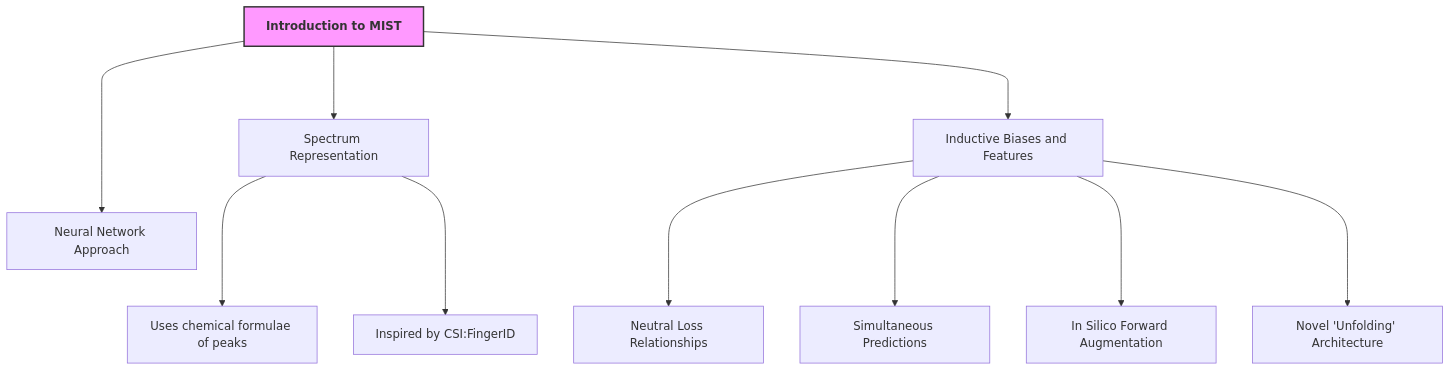
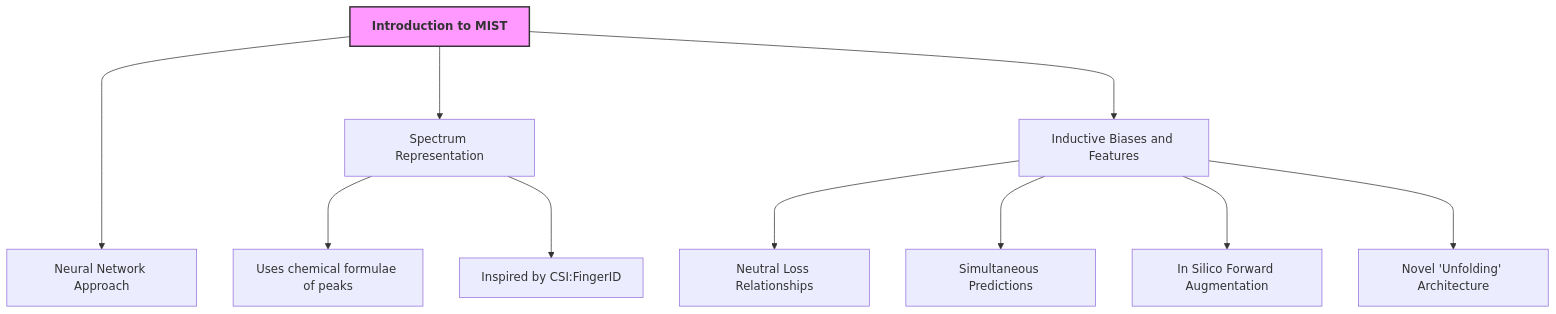
Before and after one commit to lamalab-org/toolminutes: the diagram in papers/Metabolite_MS_Transformer/annotating-metabolite-mass-spectra-with-domain-inspired-chemical-formula-transformers.md, drawn with Mermaid.

Commit message:
flowchart

````diff
--- a/papers/Metabolite_MS_Transformer/annotating-metabolite-mass-spectra-with-domain-inspired-chemical-formula-transformers.md
+++ b/papers/Metabolite_MS_Transformer/annotating-metabolite-mass-spectra-with-domain-inspired-chemical-formula-transformers.md
@@ -6,17 +6,17 @@
 ```mermaid
 graph TD;
     
     
     style Introduction_MIST fill:#f9f,stroke:#333,stroke-width:2px;
   
-  Introduction_MIST["<strong>Introduction to MIST</strong>"] ----> Neural_Network_Approach["Neural Network Approach"];
+  Introduction_MIST["<strong>Introduction to MIST</strong>"] -----> Neural_Network_Approach["Neural Network Approach"];
     Introduction_MIST ---> Spectrum_Representation["Spectrum Representation"];
     Introduction_MIST ---> Inductive_Biases_and_Features["Inductive Biases and Features"];
     Inductive_Biases_and_Features ---> Neutral_Loss_Relationships["Neutral Loss Relationships"];
     Inductive_Biases_and_Features ---> Simultaneous_Predictions["Simultaneous Predictions"];
     Inductive_Biases_and_Features ---> In_Silico_Forward_Augmentation["In Silico Forward Augmentation"];
     Inductive_Biases_and_Features ---> Novel_Unfolding_Architecture["Novel 'Unfolding' Architecture"];
     Spectrum_Representation ---> Chemical_Formulae_of_Peaks["Uses chemical formulae of peaks"];
     Spectrum_Representation ---> Inspired_by_CSI_FingerID["Inspired by CSI:FingerID"];
 
 ```
````
